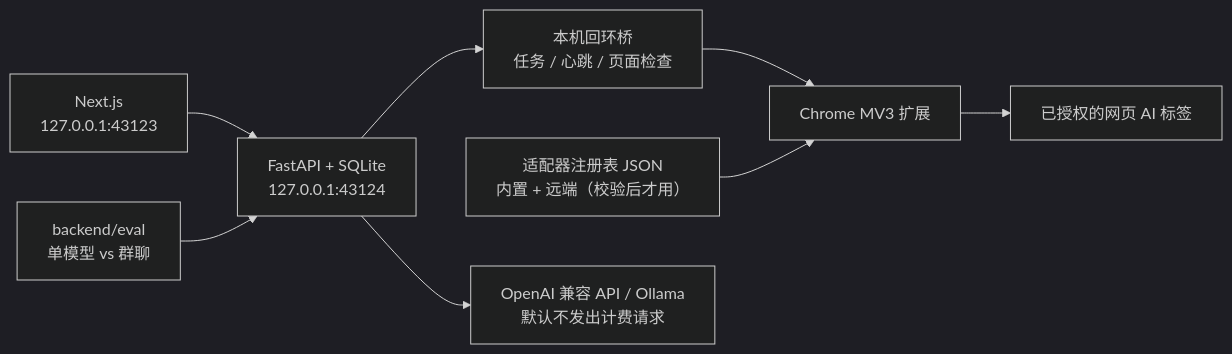
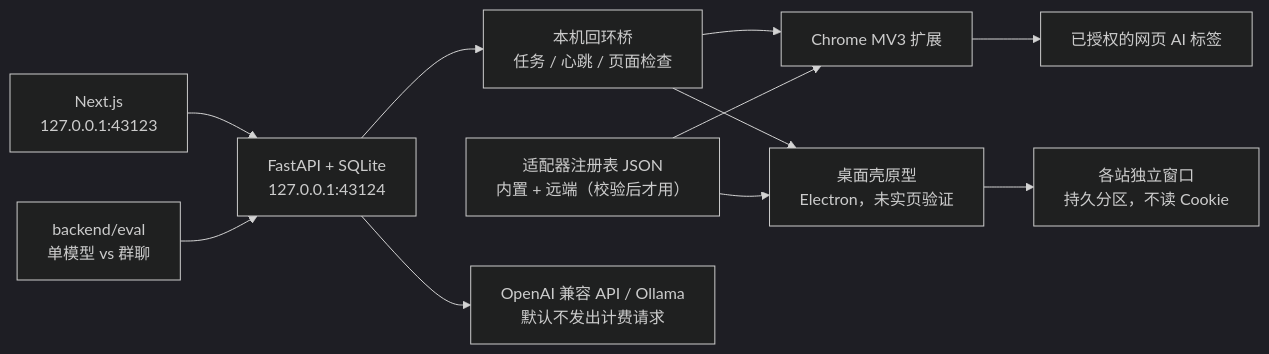
The diagram in README.md (tahffo68hk-hash/chatclumer), drawn with Mermaid (dark theme) before and after one commit. The commit also changed other lines of this file and 24 other files, not shown here.

````diff
--- a/README.md
+++ b/README.md
@@ -109,10 +155,13 @@
 ```mermaid
 flowchart LR
   UI["Next.js<br/>127.0.0.1:43123"] --> API["FastAPI + SQLite<br/>127.0.0.1:43124"]
   API --> Bridge["本机回环桥<br/>任务 / 心跳 / 页面检查"]
   Bridge --> Ext["Chrome MV3 扩展"]
+  Bridge --> Desk["桌面壳原型<br/>Electron，未实页验证"]
   Reg["适配器注册表 JSON<br/>内置 + 远端（校验后才用）"] --> Ext
+  Reg --> Desk
   Ext --> Tabs["已授权的网页 AI 标签"]
+  Desk --> Views["各站独立窗口<br/>持久分区，不读 Cookie"]
   API --> Providers["OpenAI 兼容 API / Ollama<br/>默认不发出计费请求"]
   Eval["backend/eval<br/>单模型 vs 群聊"] --> API
 ```
````
